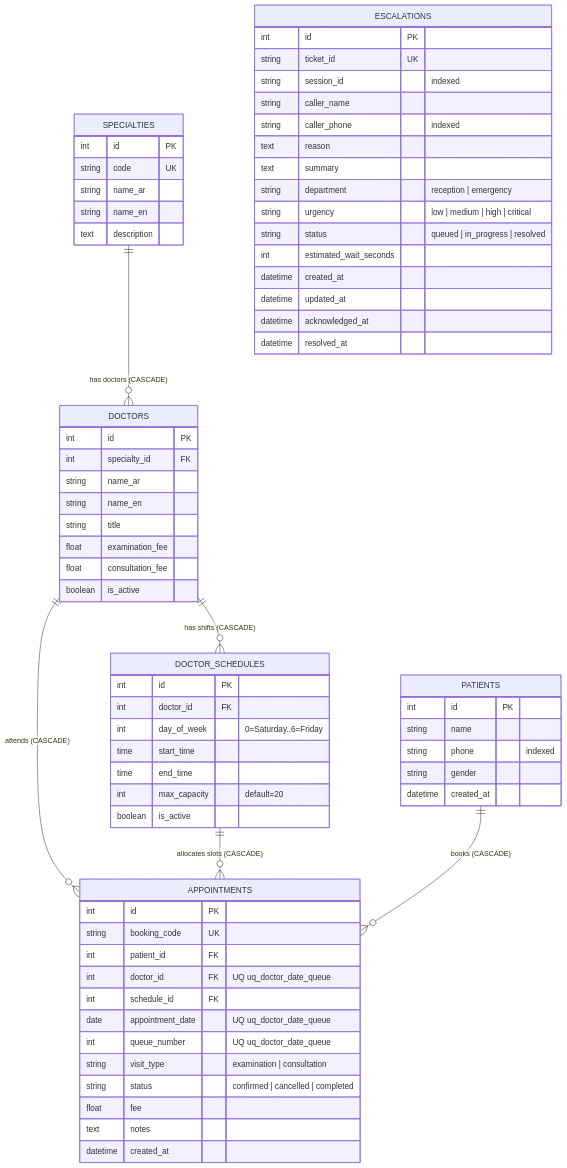
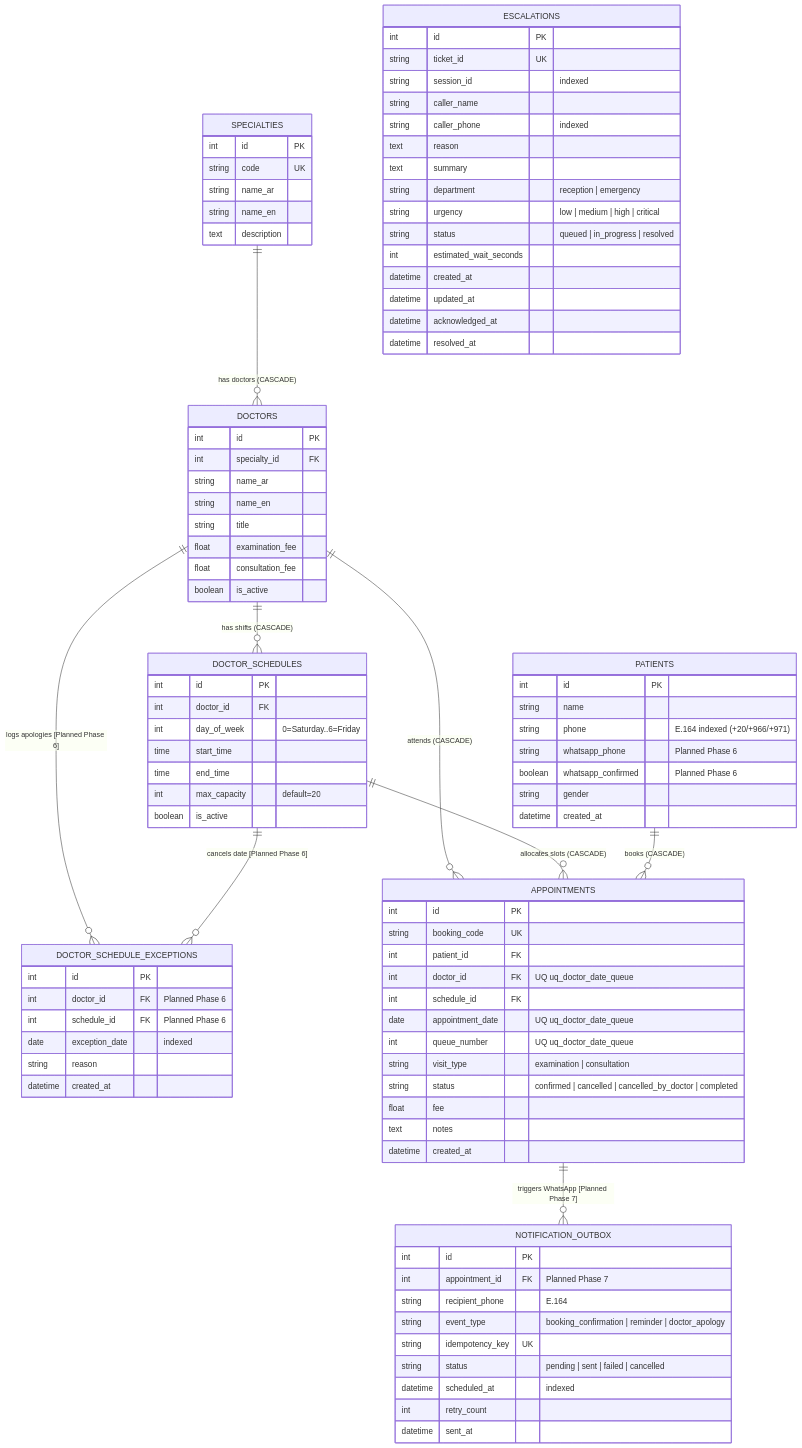
Before and after one commit to MaahmoudAbdelghany/Voice_Agent: the sixth of 6 diagrams in spec/architecture.md, drawn with Mermaid. The commit also changed other lines of this file and 8 other files, not shown here.

Commit message:
docs(spec): replan constitution and MVP roadmap for WhatsApp, doctor apologies, and regional clinics

```diff
--- a/spec/architecture.md
+++ b/spec/architecture.md
@@ -289,9 +306,12 @@
 erDiagram
     SPECIALTIES ||--o{ DOCTORS : "has doctors (CASCADE)"
     DOCTORS ||--o{ DOCTOR_SCHEDULES : "has shifts (CASCADE)"
+    DOCTORS ||--o{ DOCTOR_SCHEDULE_EXCEPTIONS : "logs apologies [Planned Phase 6]"
+    DOCTOR_SCHEDULES ||--o{ DOCTOR_SCHEDULE_EXCEPTIONS : "cancels date [Planned Phase 6]"
     DOCTORS ||--o{ APPOINTMENTS : "attends (CASCADE)"
     DOCTOR_SCHEDULES ||--o{ APPOINTMENTS : "allocates slots (CASCADE)"
     PATIENTS ||--o{ APPOINTMENTS : "books (CASCADE)"
+    APPOINTMENTS ||--o{ NOTIFICATION_OUTBOX : "triggers WhatsApp [Planned Phase 7]"
 
     SPECIALTIES {
         int id PK
@@ -322,10 +342,21 @@
         boolean is_active
     }
 
+    DOCTOR_SCHEDULE_EXCEPTIONS {
+        int id PK
+        int doctor_id FK "Planned Phase 6"
+        int schedule_id FK "Planned Phase 6"
+        date exception_date "indexed"
+        string reason
+        datetime created_at
+    }
+
     PATIENTS {
         int id PK
         string name
-        string phone "indexed"
+        string phone "E.164 indexed (+20/+966/+971)"
+        string whatsapp_phone "Planned Phase 6"
+        boolean whatsapp_confirmed "Planned Phase 6"
         string gender
         datetime created_at
     }
@@ -339,10 +370,22 @@
         date appointment_date "UQ uq_doctor_date_queue"
         int queue_number "UQ uq_doctor_date_queue"
         string visit_type "examination | consultation"
-        string status "confirmed | cancelled | completed"
+        string status "confirmed | cancelled | cancelled_by_doctor | completed"
         float fee
         text notes
         datetime created_at
+    }
+
+    NOTIFICATION_OUTBOX {
+        int id PK
+        int appointment_id FK "Planned Phase 7"
+        string recipient_phone "E.164"
+        string event_type "booking_confirmation | reminder | doctor_apology"
+        string idempotency_key UK
+        string status "pending | sent | failed | cancelled"
+        datetime scheduled_at "indexed"
+        int retry_count
+        datetime sent_at
     }
 
     ESCALATIONS {
```
